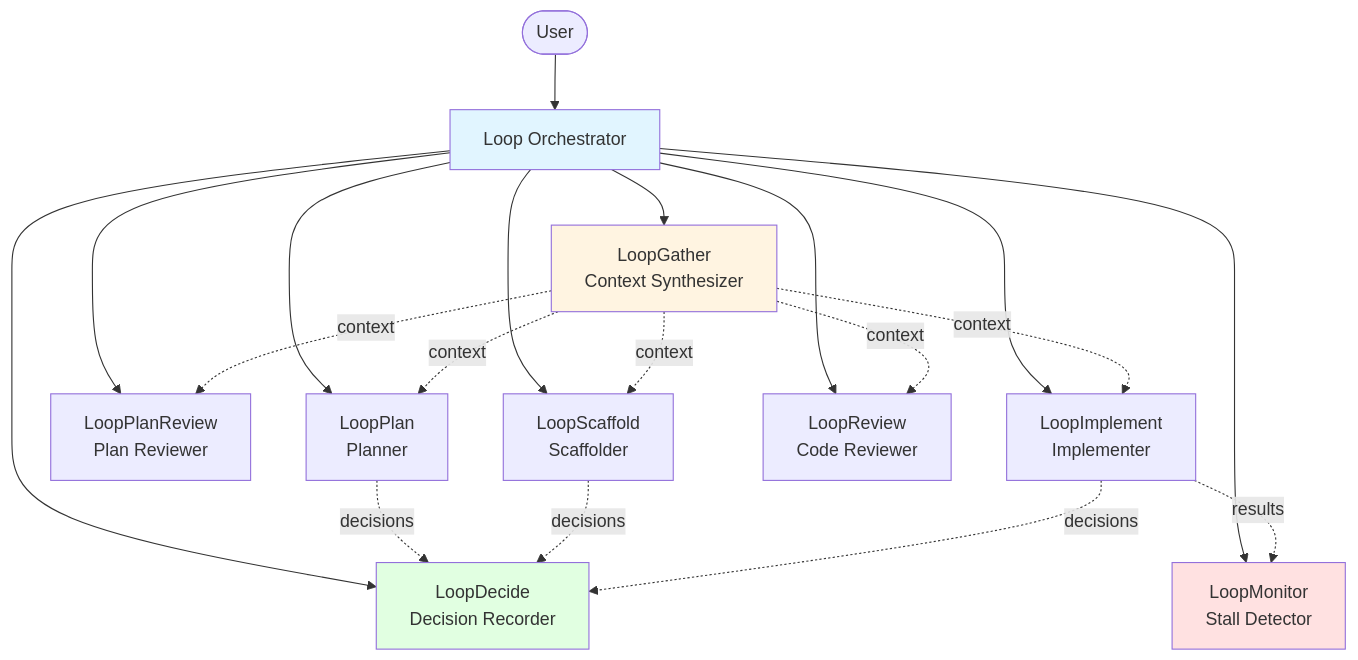
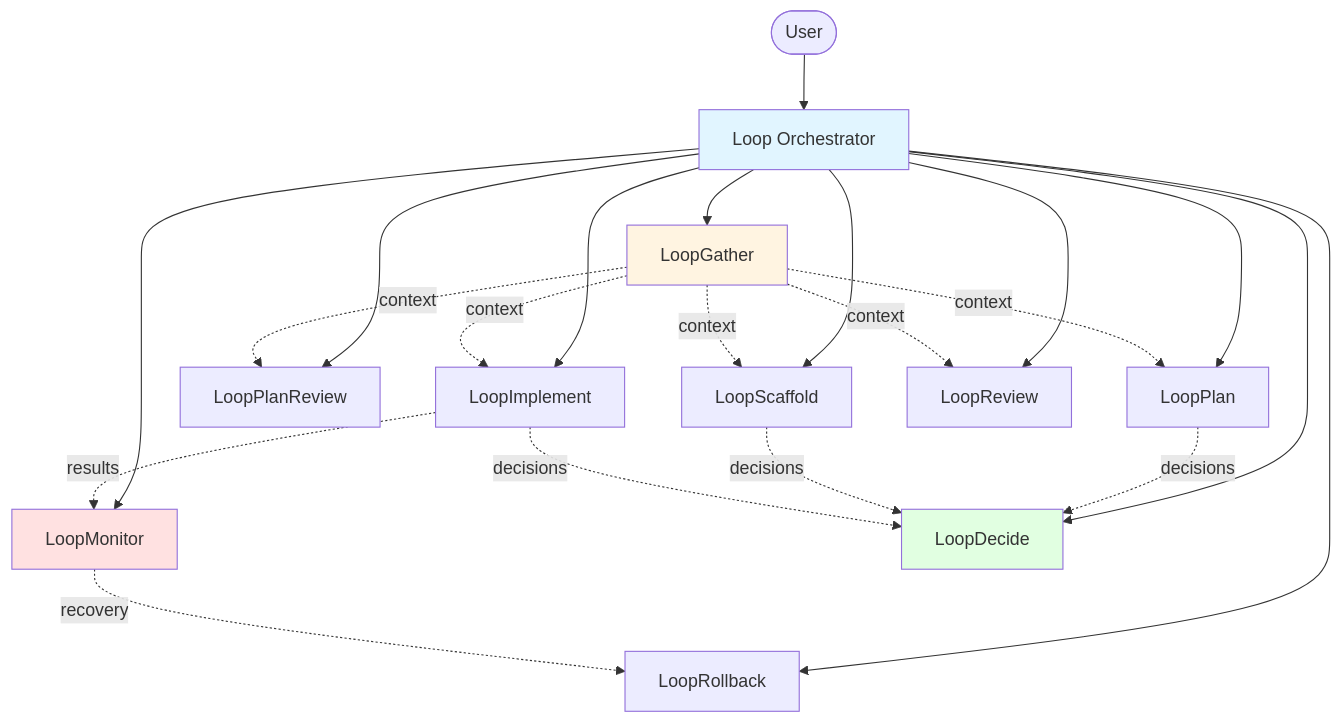
One commit to digitarald/loop-agent changed the first of 4 diagrams in README.md. Above: the diagram before and after it, drawn with Mermaid. The commit also changed other lines of this file and 10 other files, not shown here.

Commit message:
docs: fix OSCILLATING→FLIP-FLOPPING, expand BLOCKED/NEEDS_CLARIFICATION flows, add LoopReview anti-pattern writes

````diff
--- a/README.md
+++ b/README.md
@@ -24,32 +24,34 @@
 ```mermaid
 flowchart TB
     User([User]) --> Loop[Loop Orchestrator]
     
-    Loop --> LG[LoopGather<br/>Context Synthesizer]
-    Loop --> LM[LoopMonitor<br/>Stall Detector]
-    Loop --> LD[LoopDecide<br/>Decision Recorder]
+    Loop --> LG[LoopGather]
+    Loop --> LM[LoopMonitor]
+    Loop --> LD[LoopDecide]
     
-    Loop --> LP[LoopPlan<br/>Planner]
-    Loop --> LPR[LoopPlanReview<br/>Plan Reviewer]
+    Loop --> LP[LoopPlan]
+    Loop --> LPR[LoopPlanReview]
     
-    Loop --> LS[LoopScaffold<br/>Scaffolder]
-    Loop --> LI[LoopImplement<br/>Implementer]
-    Loop --> LR[LoopReview<br/>Code Reviewer]
+    Loop --> LS[LoopScaffold]
+    Loop --> LI[LoopImplement]
+    Loop --> LR[LoopReview]
+    Loop --> LRB[LoopRollback]
     
     LG -.context.-> LP
     LG -.context.-> LPR
     LG -.context.-> LS
     LG -.context.-> LI
     LG -.context.-> LR
     
     LP -.decisions.-> LD
     LS -.decisions.-> LD
     LI -.decisions.-> LD
     
     LI -.results.-> LM
+    LM -.recovery.-> LRB
     
     style Loop fill:#e1f5ff
     style LG fill:#fff4e1
     style LM fill:#ffe1e1
     style LD fill:#e1ffe1
 ```
````
